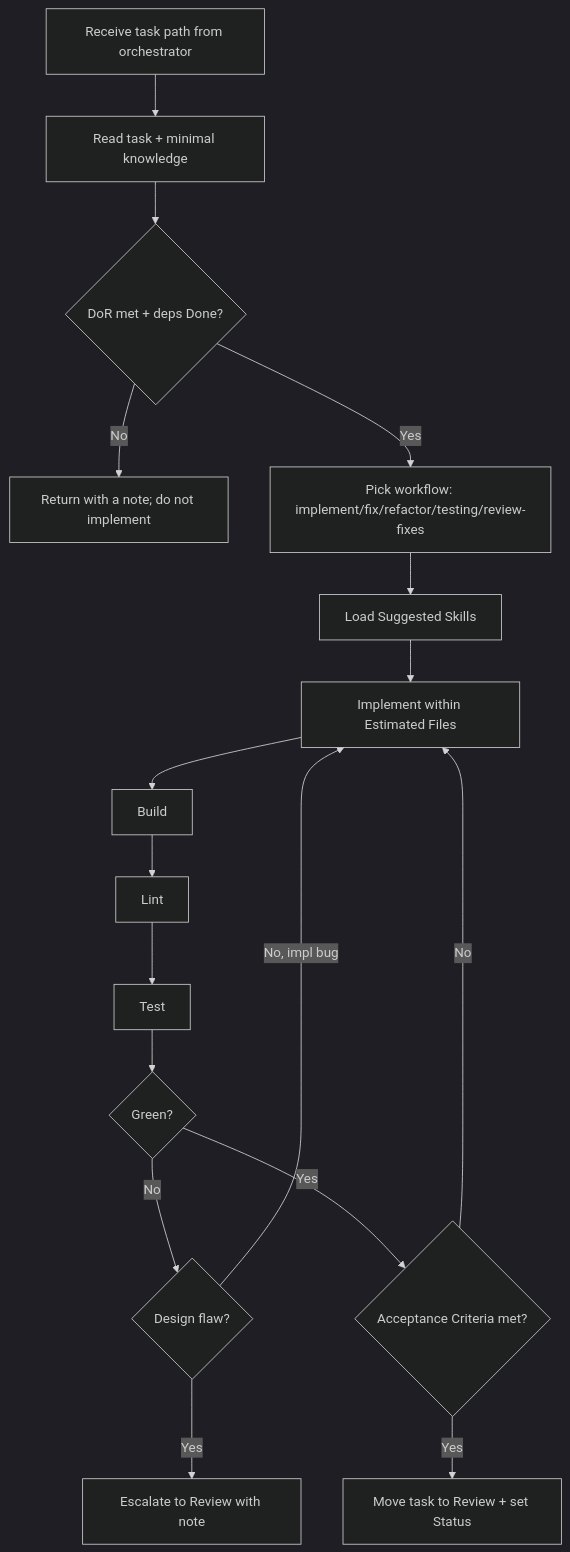
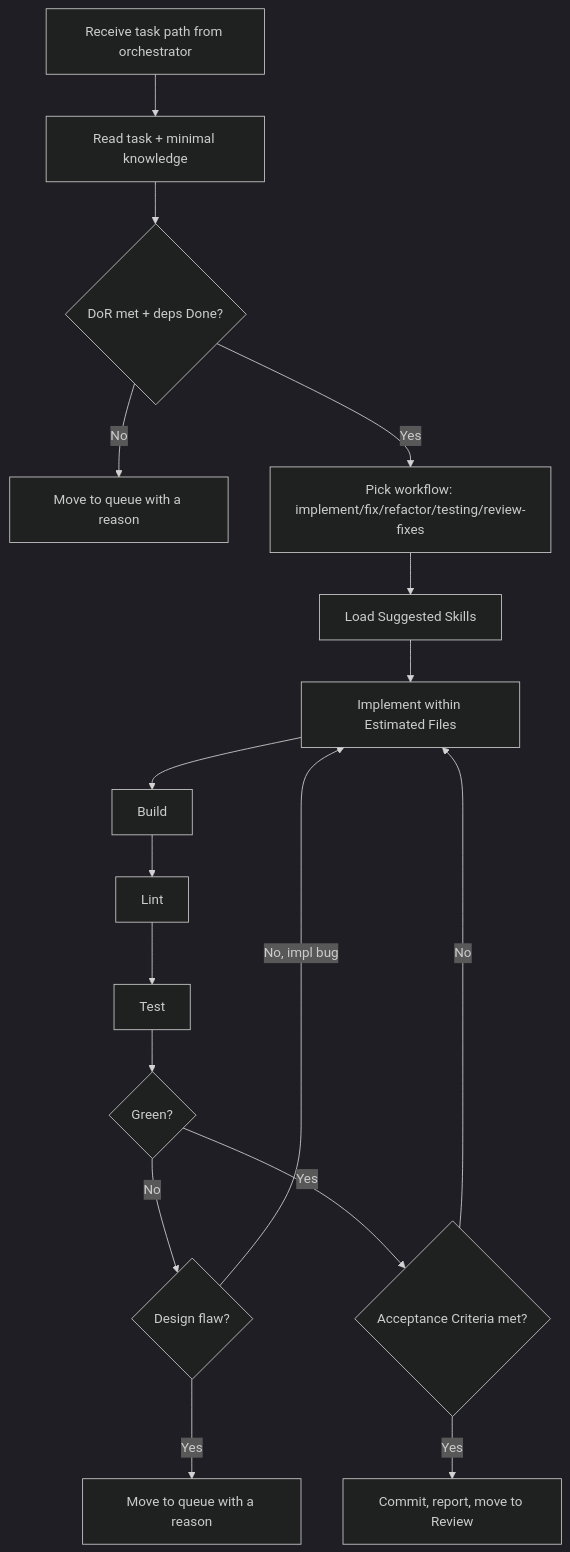
Before and after one commit to Vtquan123/strix: the diagram in templates/executors/claude/.strix/executor/workflow.md, drawn with Mermaid (dark theme). The commit also changed other lines of this file and 80 other files, not shown here.

````diff
--- a/templates/executors/claude/.strix/executor/workflow.md
+++ b/templates/executors/claude/.strix/executor/workflow.md
@@ -7,19 +7,19 @@
 ```mermaid
 flowchart TD
     A[Receive task path from orchestrator] --> B[Read task + minimal knowledge]
     B --> C{DoR met + deps Done?}
-    C -->|No| R[Return with a note; do not implement]
+    C -->|No| R[Move to queue with a reason]
     C -->|Yes| D[Pick workflow: implement/fix/refactor/testing/review-fixes]
     D --> E[Load Suggested Skills]
     E --> F[Implement within Estimated Files]
     F --> G[Build]
     G --> H[Lint]
     H --> I[Test]
     I --> J{Green?}
     J -->|No| K{Design flaw?}
     K -->|No, impl bug| F
-    K -->|Yes| R2[Escalate to Review with note]
+    K -->|Yes| R2[Move to queue with a reason]
     J -->|Yes| L{Acceptance Criteria met?}
     L -->|No| F
-    L -->|Yes| M[Move task to Review + set Status]
+    L -->|Yes| M[Commit, report, move to Review]
 ```
````
